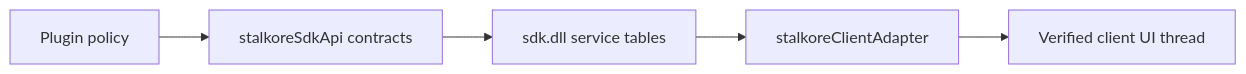
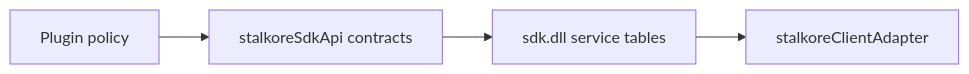
The diagram in README.md (Stalkore/stalkoreSdkApi), drawn with Mermaid before and after one commit. The commit also changed other lines of this file and 1 other file, not shown here.

Commit message:
docs: simplify the client services diagram

````diff
--- a/README.md
+++ b/README.md
@@ -33,7 +33,6 @@
 ```mermaid
 flowchart LR
     Plugin[Plugin policy] --> API[stalkoreSdkApi contracts]
     API --> SDK[sdk.dll service tables]
     SDK --> Adapter[stalkoreClientAdapter]
-    Adapter --> Client[Verified client UI thread]
 ```
````
